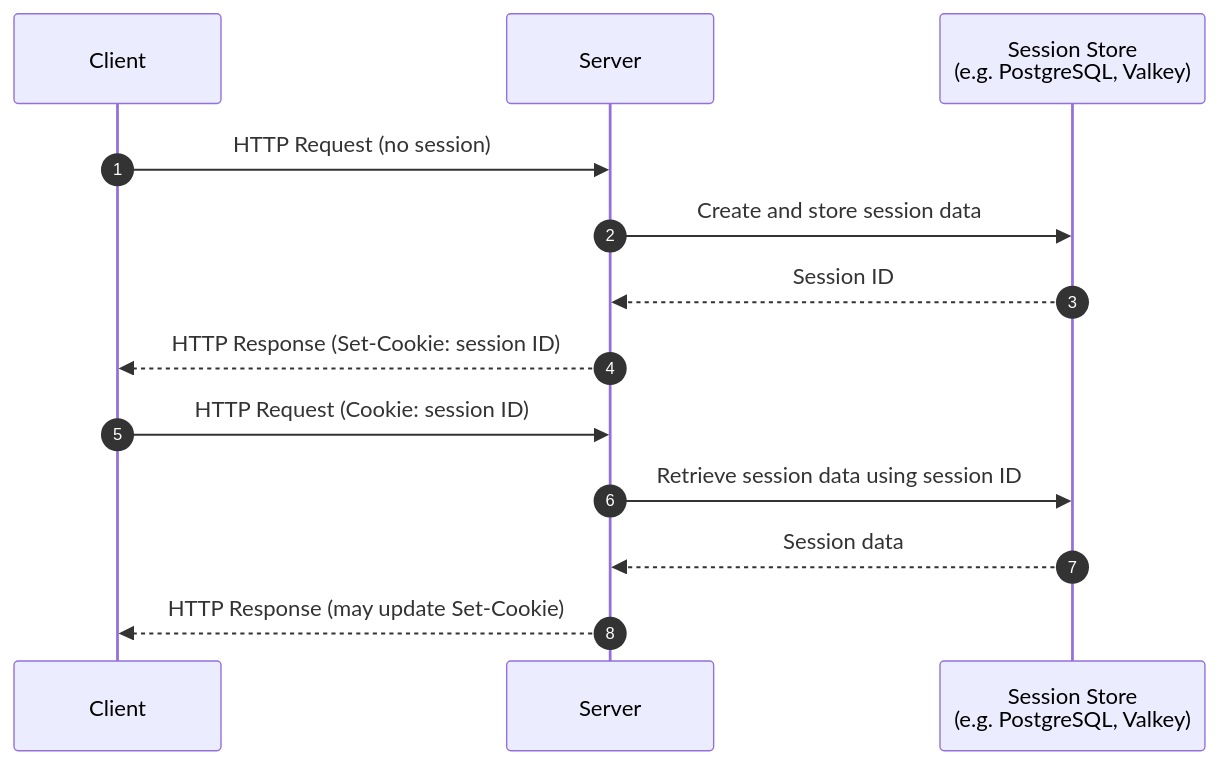
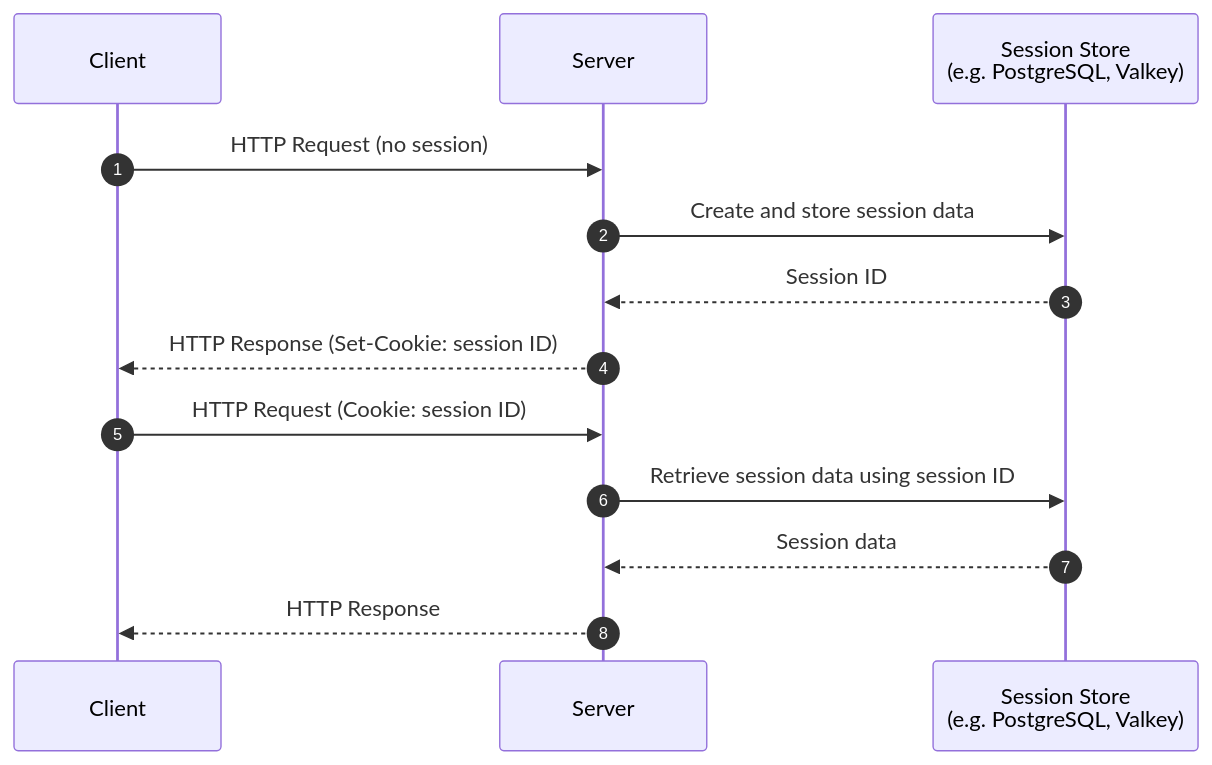
The second of 2 diagrams in blacksheep/docs/sessions.md (Neoteroi/neoteroi.github.io), drawn with Mermaid before and after one commit. The commit also changed other lines of this file and 1 other file, not shown here.

````diff
--- a/blacksheep/docs/sessions.md
+++ b/blacksheep/docs/sessions.md
@@ -56,16 +56,16 @@
 ```mermaid
 sequenceDiagram
     autonumber
     participant Client
     participant Server
     participant Store as Session Store<br/>(e.g. PostgreSQL, Valkey)
 
     Client->>Server: HTTP Request (no session)
     Server->>Store: Create and store session data
     Store-->>Server: Session ID
     Server-->>Client: HTTP Response (Set-Cookie: session ID)
     Client->>Server: HTTP Request (Cookie: session ID)
     Server->>Store: Retrieve session data using session ID
     Store-->>Server: Session data
-    Server-->>Client: HTTP Response (may update Set-Cookie)
+    Server-->>Client: HTTP Response
 ```
````
